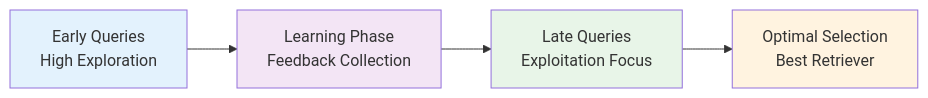
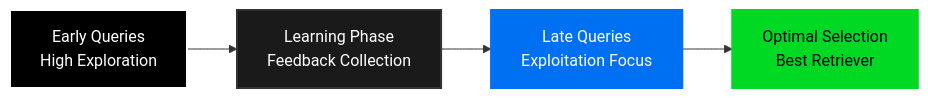
Before and after one commit to tylergibbs1/thompsonsamplingrag: the second of 2 diagrams in README.md, drawn with Mermaid. The commit also changed other lines of this file, not shown here.

Commit message:
Revamp styling in README.md with modern class definitions and apply new styles to flowcharts for improved visual clarity.

````diff
--- a/README.md
+++ b/README.md
@@ -381,11 +385,18 @@
 ```mermaid
 graph LR
     A[Early Queries<br/>High Exploration] --> B[Learning Phase<br/>Feedback Collection]
     B --> C[Late Queries<br/>Exploitation Focus]
     C --> D[Optimal Selection<br/>Best Retriever]
     
-    style A fill:#e3f2fd
-    style B fill:#f3e5f5  
-    style C fill:#e8f5e8
-    style D fill:#fff3e0
+    %% Modern Styling
+    classDef primary fill:#000,stroke:#fff,stroke-width:2px,color:#fff
+    classDef secondary fill:#1a1a1a,stroke:#333,stroke-width:2px,color:#fff
+    classDef accent fill:#0070f3,stroke:#0070f3,stroke-width:2px,color:#fff
+    classDef success fill:#00d924,stroke:#00d924,stroke-width:2px,color:#000
+    
+    %% Apply styles
+    class A primary
+    class B secondary
+    class C accent
+    class D success
 ```
````
